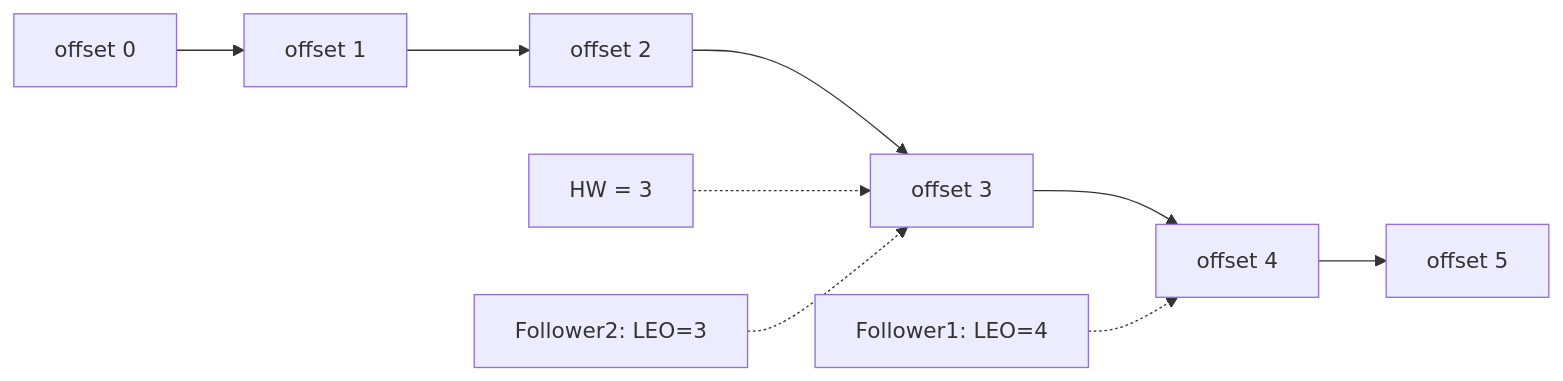
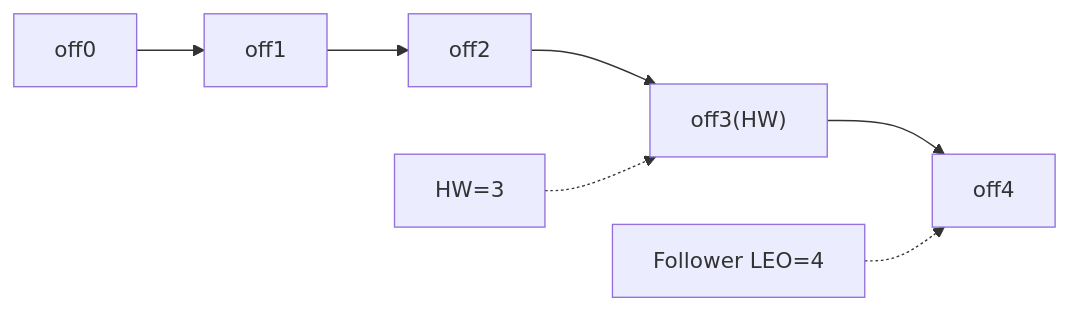
One commit to yjkim2015/yjkim2015.github.io changed diagram 13 of 17 in _posts/kafka/2026-05-01-kafka-fundamentals.md. Above: the diagram before and after it, drawn with Mermaid. The commit also changed other lines of this file and 163 other files, not shown here.

First line of the commit message:
Mermaid 300개 블록 내용 축소: 5노드 5엣지 이하, 의미 있는 약어

````diff
--- a/_posts/kafka/2026-05-01-kafka-fundamentals.md
+++ b/_posts/kafka/2026-05-01-kafka-fundamentals.md
@@ -434,7 +430,6 @@
 ```mermaid
 graph LR
-    O0[offset 0] --> O1[offset 1] --> O2[offset 2] --> O3[offset 3] --> O4[offset 4] --> O5[offset 5]
-    HW["HW = 3"] -.-> O3
-    F1["Follower1: LEO=4"] -.-> O4
-    F2["Follower2: LEO=3"] -.-> O3
+    O0["off0"] --> O1["off1"] --> O2["off2"] --> O3["off3(HW)"] --> O4["off4"]
+    HW["HW=3"] -.-> O3
+    F1["Follower LEO=4"] -.-> O4
 ```
````
